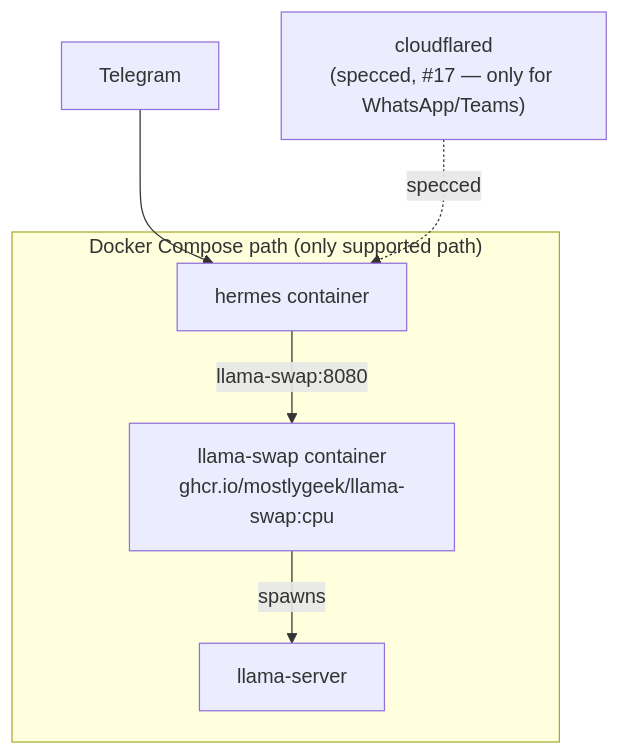
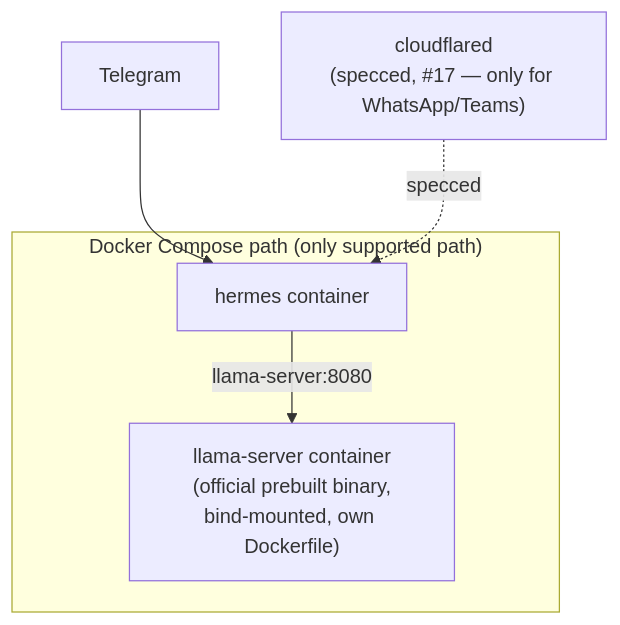
One commit to ka8t/Hermes changed the third of 6 diagrams in docs/ARCHITECTURE.md. Above: the diagram before and after it, drawn with Mermaid. The commit also changed other lines of this file and 18 other files, not shown here.

````diff
--- a/docs/ARCHITECTURE.md
+++ b/docs/ARCHITECTURE.md
@@ -104,11 +116,11 @@
 ```mermaid
 graph TB
     subgraph DockerV["Docker Compose path (only supported path)"]
-        LSv["llama-swap container<br/>ghcr.io/mostlygeek/llama-swap:cpu"] -->|spawns| LCv[llama-server]
-        Hv[hermes container] -->|llama-swap:8080| LSv
+        LCv["llama-server container<br/>(official prebuilt binary,<br/>bind-mounted, own Dockerfile)"]
+        Hv[hermes container] -->|llama-server:8080| LCv
     end
     CF["cloudflared<br/>(specced, #17 — only for WhatsApp/Teams)"]
 
     TGv[Telegram] --> Hv
     CF -. specced .-> Hv
 ```
````
